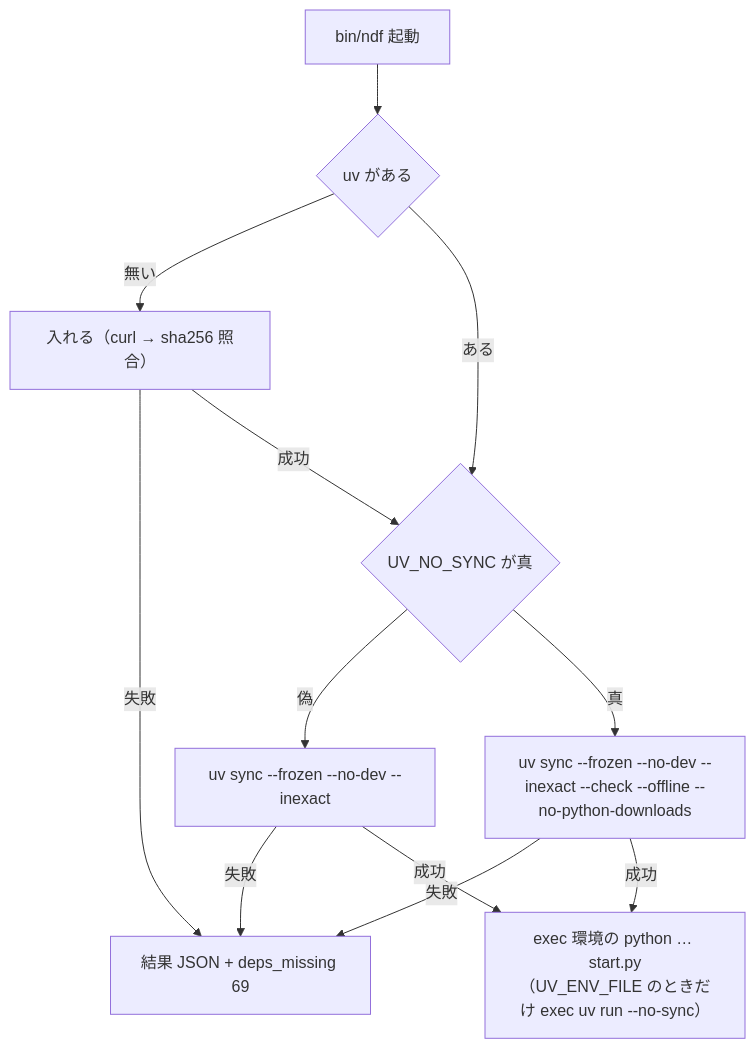
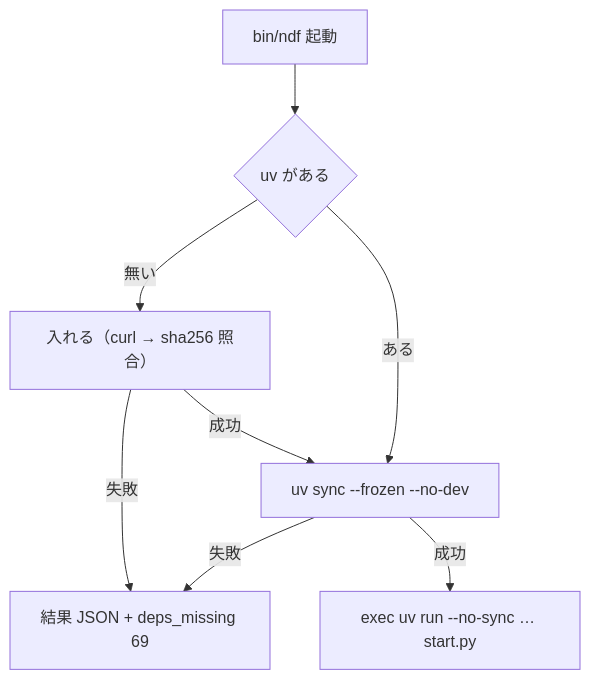
Before and after one commit to devbasex/ai-plugins: the fifth of 5 diagrams in issues/issue-3687-design.md, drawn with Mermaid. The commit also changed other lines of this file and 4 other files, not shown here.

First line of the commit message:
Refactor: #3687 ランチャーを承認済みの設計の形（uv sync の後に uv run --no-sync）へ戻す

````diff
--- a/issues/issue-3687-design.md
+++ b/issues/issue-3687-design.md
@@ -289,14 +289,10 @@
 ```mermaid
 flowchart TB
   S["bin/ndf 起動"] --> U{"uv がある"}
   U -->|無い| I["入れる（curl → sha256 照合）"]
   I -->|失敗| E["結果 JSON + deps_missing 69"]
-  U -->|ある| N{"UV_NO_SYNC が真"}
-  I -->|成功| N
-  N -->|偽| Y["uv sync --frozen --no-dev --inexact"]
+  U -->|ある| Y["uv sync --frozen --no-dev"]
+  I -->|成功| Y
   Y -->|失敗| E
-  N -->|真| C["uv sync --frozen --no-dev --inexact --check --offline --no-python-downloads"]
-  C -->|失敗| E
-  C -->|成功| X
-  Y -->|成功| X["exec 環境の python … start.py<br/>（UV_ENV_FILE のときだけ exec uv run --no-sync）"]
+  Y -->|成功| X["exec uv run --no-sync … start.py"]
 ```
````
